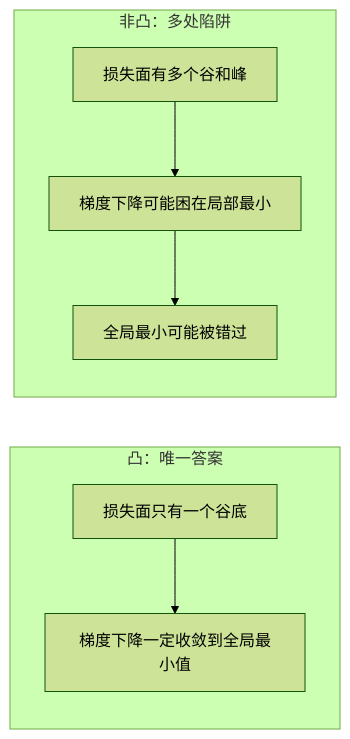
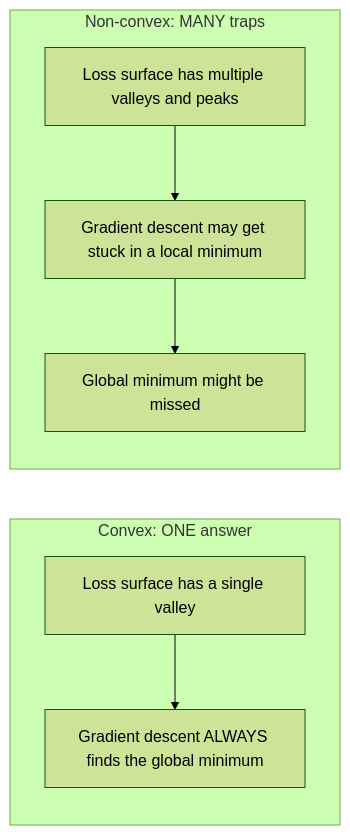
Before and after one commit to omigaZen/ai-engineering-from-scratch: the first of 4 diagrams in phases/01-math-foundations/18-convex-optimization/docs/zh.md, drawn with Mermaid (forest theme). The commit also changed other lines of this file and 32 other files, not shown here.

````diff
--- a/phases/01-math-foundations/18-convex-optimization/docs/zh.md
+++ b/phases/01-math-foundations/18-convex-optimization/docs/zh.md
@@ -101,12 +101,12 @@
 ```mermaid
 graph LR
-    subgraph "凸：唯一答案"
+    subgraph "Convex: ONE answer"
         direction TB
-        C1["损失面只有一个谷底"] --> C2["梯度下降一定收敛到全局最小值"]
+        C1["Loss surface has a single valley"] --> C2["Gradient descent ALWAYS finds the global minimum"]
     end
-    subgraph "非凸：多处陷阱"
+    subgraph "Non-convex: MANY traps"
         direction TB
-        N1["损失面有多个谷和峰"] --> N2["梯度下降可能困在局部最小"]
-        N2 --> N3["全局最小可能被错过"]
+        N1["Loss surface has multiple valleys and peaks"] --> N2["Gradient descent may get stuck in a local minimum"]
+        N2 --> N3["Global minimum might be missed"]
     end
 ```
````
